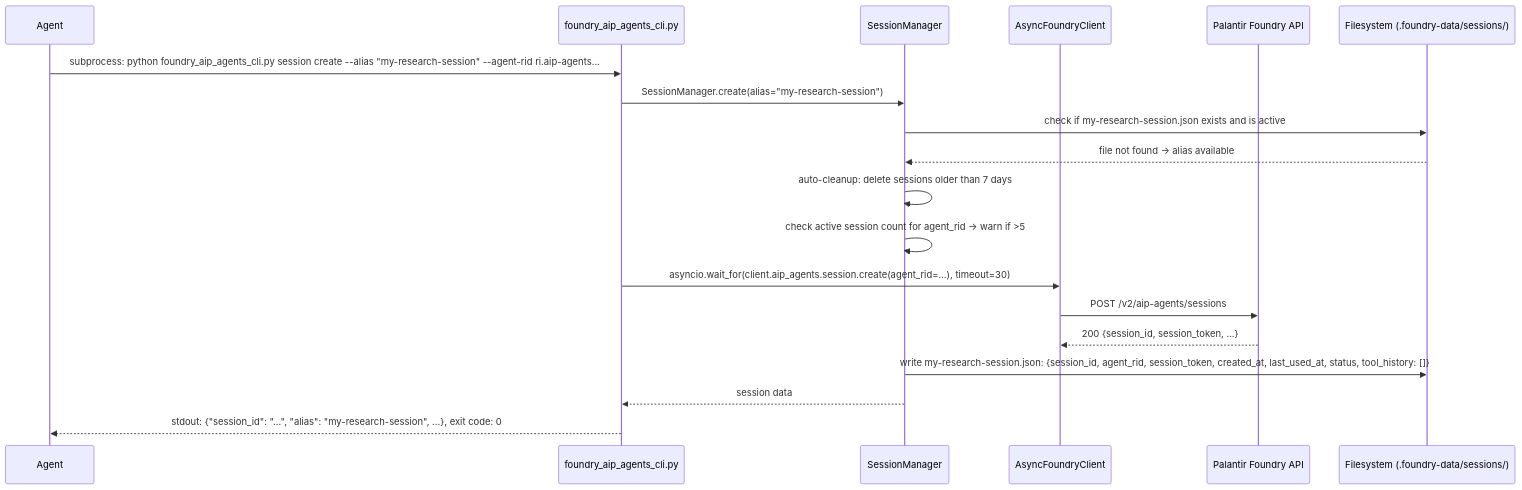
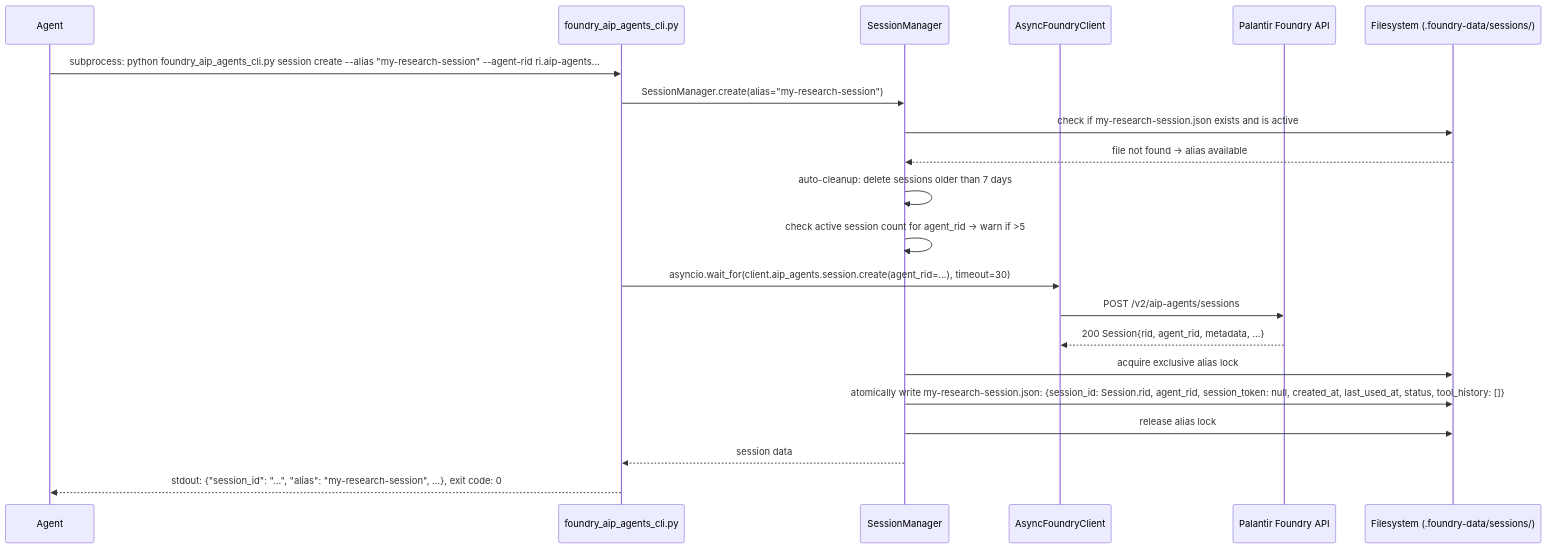
The eighth of 9 diagrams in .ept/docs/deliverables/architecture/SAD-001-foundry-cli.md (t-jet/pal_found_cli), drawn with Mermaid before and after one commit. The commit also changed other lines of this file and 1404 other files, not shown here.

````diff
--- a/.ept/docs/deliverables/architecture/SAD-001-foundry-cli.md
+++ b/.ept/docs/deliverables/architecture/SAD-001-foundry-cli.md
@@ -421,27 +432,29 @@
 ```mermaid
 sequenceDiagram
     participant Agent
     participant CLI as foundry_aip_agents_cli.py
     participant SM as SessionManager
     participant SDK as AsyncFoundryClient
     participant Foundry as Palantir Foundry API
     participant FS as Filesystem (.foundry-data/sessions/)
 
     Agent->>CLI: subprocess: python foundry_aip_agents_cli.py session create --alias "my-research-session" --agent-rid ri.aip-agents...
 
     CLI->>SM: SessionManager.create(alias="my-research-session")
     SM->>FS: check if my-research-session.json exists and is active
     FS-->>SM: file not found → alias available
 
     SM->>SM: auto-cleanup: delete sessions older than 7 days
     SM->>SM: check active session count for agent_rid → warn if >5
 
     CLI->>SDK: asyncio.wait_for(client.aip_agents.session.create(agent_rid=...), timeout=30)
     SDK->>Foundry: POST /v2/aip-agents/sessions
-    Foundry-->>SDK: 200 {session_id, session_token, ...}
+    Foundry-->>SDK: 200 Session{rid, agent_rid, metadata, ...}
 
-    SM->>FS: write my-research-session.json: {session_id, agent_rid, session_token, created_at, last_used_at, status, tool_history: []}
+    SM->>FS: acquire exclusive alias lock
+    SM->>FS: atomically write my-research-session.json: {session_id: Session.rid, agent_rid, session_token: null, created_at, last_used_at, status, tool_history: []}
+    SM->>FS: release alias lock
     SM-->>CLI: session data
 
     CLI-->>Agent: stdout: {"session_id": "...", "alias": "my-research-session", ...}, exit code: 0
 ```
````
